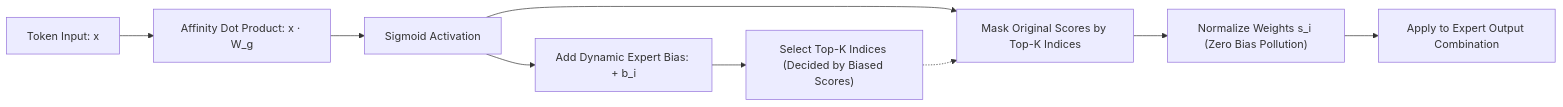
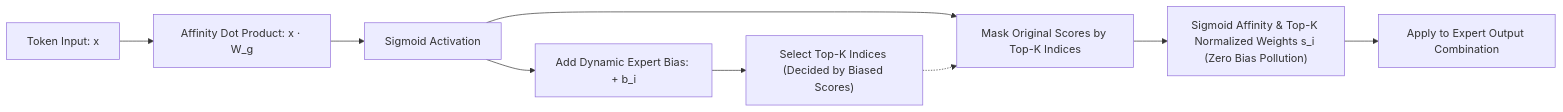
One commit to ifnodoraemon/ifnodoraemon.github.io changed the second of 6 diagrams in content/en/articles/moe-expert-parallelism-inference-engine.en.md. Above: the diagram before and after it, drawn with Mermaid. The commit also changed other lines of this file and 171 other files, not shown here.

````diff
--- a/content/en/articles/moe-expert-parallelism-inference-engine.en.md
+++ b/content/en/articles/moe-expert-parallelism-inference-engine.en.md
@@ -166,13 +166,13 @@
 ```mermaid
 flowchart LR
     X["Token Input: x"] --> DOT["Affinity Dot Product: x · W_g"]
     DOT --> SIG["Sigmoid Activation"]
     
     SIG --> ADD_BIAS["Add Dynamic Expert Bias: + b_i"]
     ADD_BIAS --> TOPK["Select Top-K Indices (Decided by Biased Scores)"]
     
     SIG --> MASK["Mask Original Scores by Top-K Indices"]
     TOPK -.-> MASK
-    MASK --> NORM["Normalize Weights s_i (Zero Bias Pollution)"]
+    MASK --> NORM["Sigmoid Affinity & Top-K Normalized Weights s_i (Zero Bias Pollution)"]
     NORM --> OUT["Apply to Expert Output Combination"]
 ```
````
